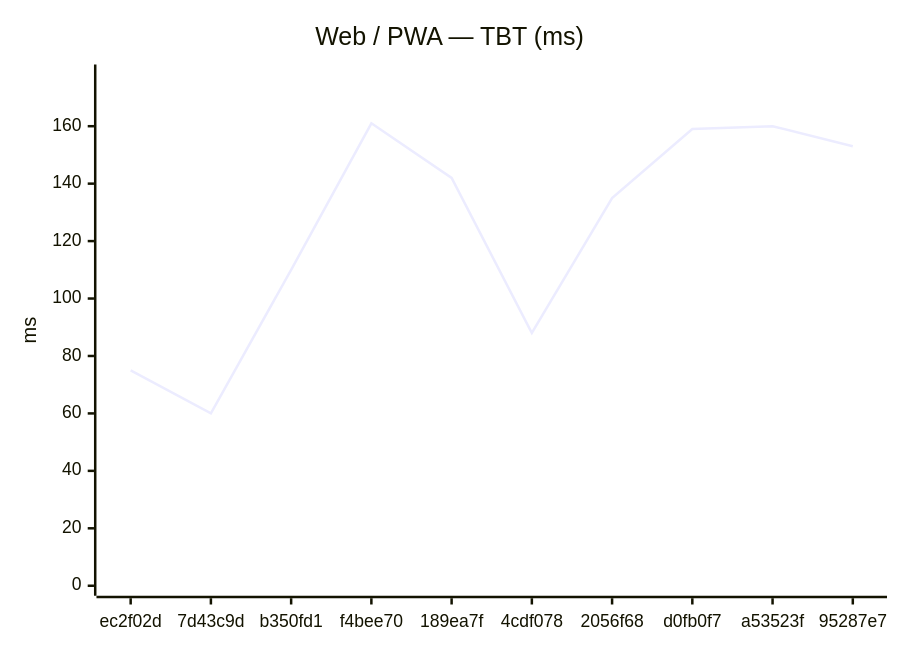
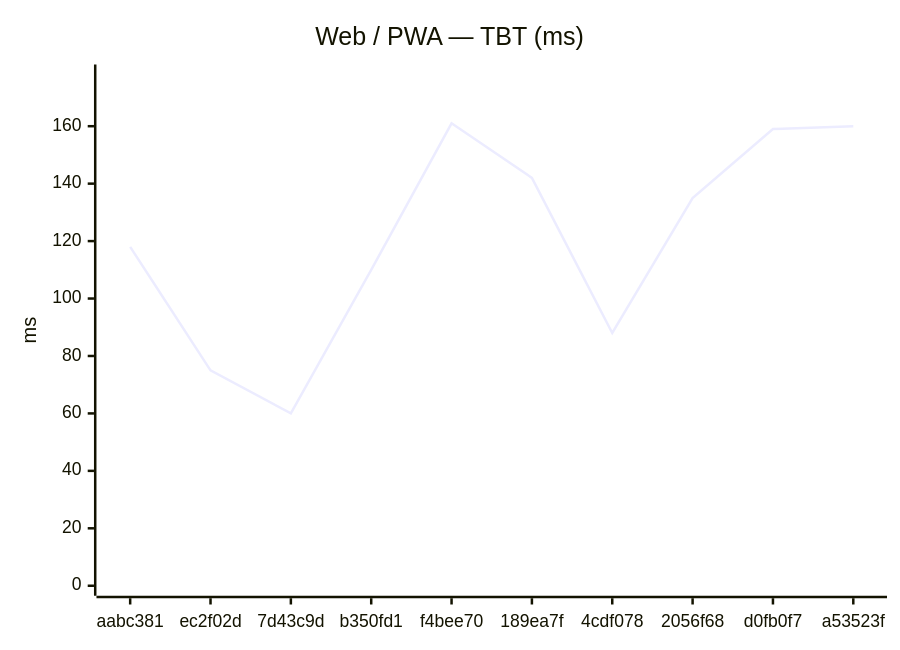
One commit to Metaheurist/Rianell changed the second of 18 diagrams in benchmarks/compare.md. Above: the diagram before and after it, drawn with Mermaid. The commit also changed other lines of this file and 11 other files, not shown here.

````diff
--- a/benchmarks/compare.md
+++ b/benchmarks/compare.md
@@ -31,7 +31,7 @@
 ```mermaid
 xychart-beta
     title "Web / PWA — TBT (ms)"
-    x-axis ["ec2f02d", "7d43c9d", "b350fd1", "f4bee70", "189ea7f", "4cdf078", "2056f68", "d0fb0f7", "a53523f", "95287e7"]
+    x-axis ["aabc381", "ec2f02d", "7d43c9d", "b350fd1", "f4bee70", "189ea7f", "4cdf078", "2056f68", "d0fb0f7", "a53523f"]
     y-axis "ms" 0 --> 178
-    line [75, 60, 110, 161, 142, 88, 135, 159, 160, 153]
+    line [118, 75, 60, 110, 161, 142, 88, 135, 159, 160]
 ```
````
